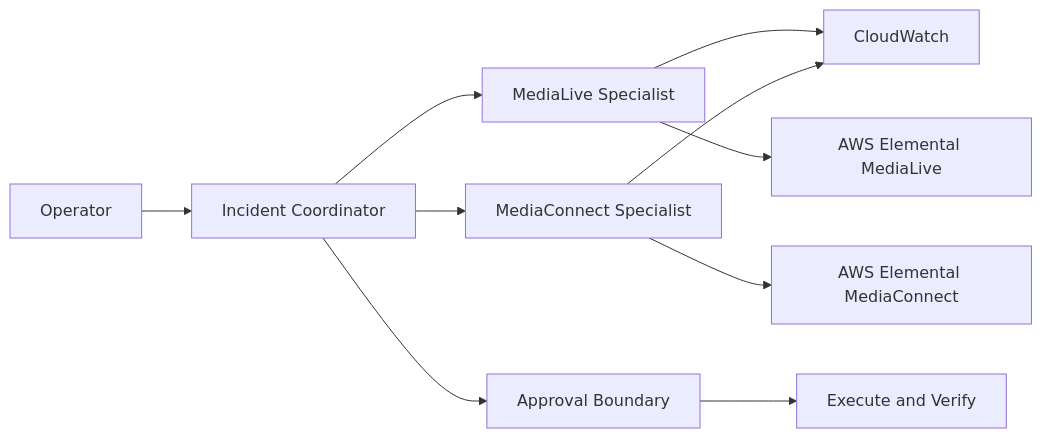
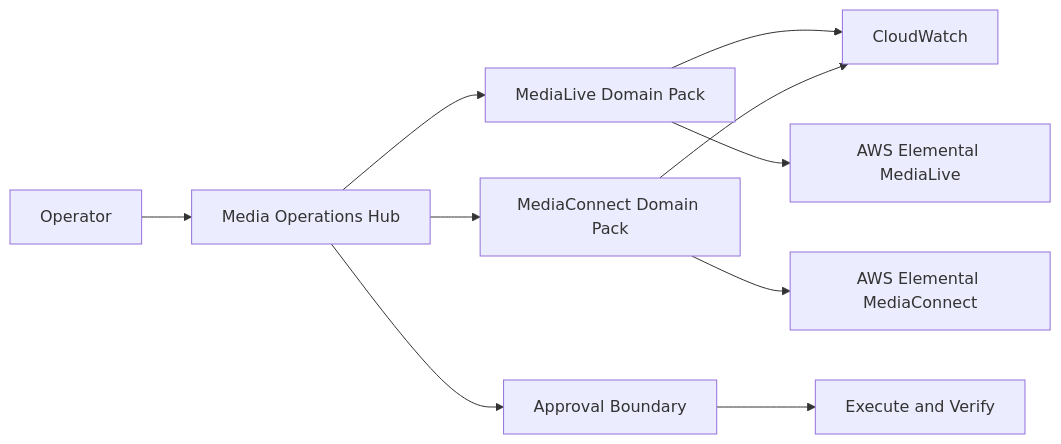
One commit to aws-samples/sample-agentic-video-operations changed the diagram in docs/follow_development_guidelines.md. Above: the diagram before and after it, drawn with Mermaid. The commit also changed other lines of this file and 203 other files, not shown here.

````diff
--- a/docs/follow_development_guidelines.md
+++ b/docs/follow_development_guidelines.md
@@ -1080,12 +951,12 @@
 ```mermaid
 flowchart LR
-    User[Operator] --> Coordinator[Incident Coordinator]
-    Coordinator --> MediaLive[MediaLive Specialist]
-    Coordinator --> MediaConnect[MediaConnect Specialist]
+    User[Operator] --> Hub[Media Operations Hub]
+    Hub --> MediaLive[MediaLive Domain Pack]
+    Hub --> MediaConnect[MediaConnect Domain Pack]
     MediaLive --> CW[CloudWatch]
     MediaLive --> EML[AWS Elemental MediaLive]
     MediaConnect --> CW
     MediaConnect --> EMX[AWS Elemental MediaConnect]
-    Coordinator --> Approval[Approval Boundary]
+    Hub --> Approval[Approval Boundary]
     Approval --> Verify[Execute and Verify]
 ```
````
